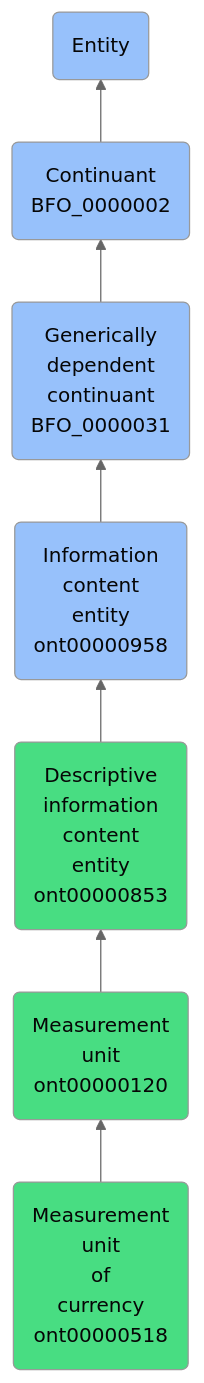
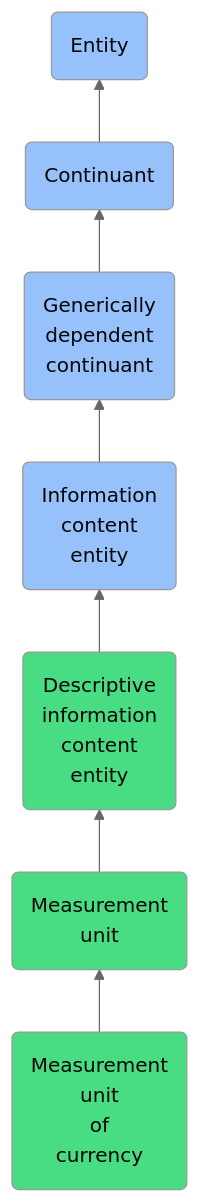
One commit to jupyter-naas/abi changed the diagram in docs/ontology/reference/model/Entity/Continuant/Generically dependent continuant/Information content entity/Descriptive information content entity/Measurement unit/Measurement unit of currency/Measurement unit of currency.md. Above: the diagram before and after it, drawn with Mermaid (neutral theme). The commit also changed other lines of this file and 1430 other files, not shown here.

````diff
--- a/docs/ontology/reference/model/Entity/Continuant/Generically dependent continuant/Information content entity/Descriptive information content entity/Measurement unit/Measurement unit of currency/Measurement unit of currency.md
+++ b/docs/ontology/reference/model/Entity/Continuant/Generically dependent continuant/Information content entity/Descriptive information content entity/Measurement unit/Measurement unit of currency/Measurement unit of currency.md
@@ -24,14 +24,14 @@
 ```mermaid
 graph BT
-    ont00000518(Measurement<br>unit<br>of<br>currency<br>ont00000518):::ABI-->ont00000120
-    ont00000120(Measurement<br>unit<br>ont00000120):::ABI-->ont00000853
-    ont00000853(Descriptive<br>information<br>content<br>entity<br>ont00000853):::ABI-->ont00000958
-    ont00000958(Information<br>content<br>entity<br>ont00000958):::BFO-->BFO_0000031
-    BFO_0000031(Generically<br>dependent<br>continuant<br>BFO_0000031):::BFO-->BFO_0000002
-    BFO_0000002(Continuant<br>BFO_0000002):::BFO-->BFO_0000001
+    ont00000518(Measurement<br>unit<br>of<br>currency):::ABI-->ont00000120
+    ont00000120(Measurement<br>unit):::ABI-->ont00000853
+    ont00000853(Descriptive<br>information<br>content<br>entity):::ABI-->ont00000958
+    ont00000958(Information<br>content<br>entity):::BFO-->BFO_0000031
+    BFO_0000031(Generically<br>dependent<br>continuant):::BFO-->BFO_0000002
+    BFO_0000002(Continuant):::BFO-->BFO_0000001
     BFO_0000001(Entity):::BFO
     
     classDef BFO fill:#97c1fb,color:#060606
     classDef CCO fill:#e4c51e,color:#060606
     classDef ABI fill:#48DD82,color:#060606
 ```
````
